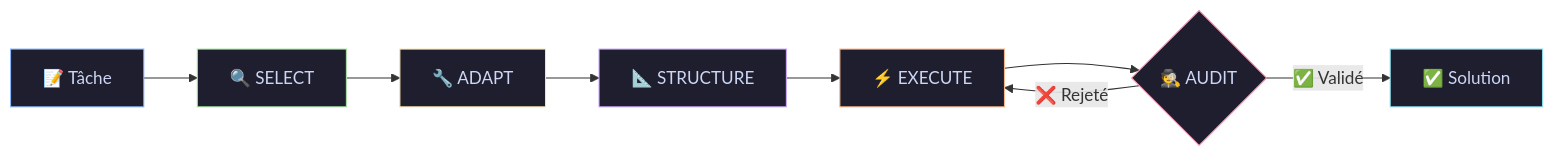
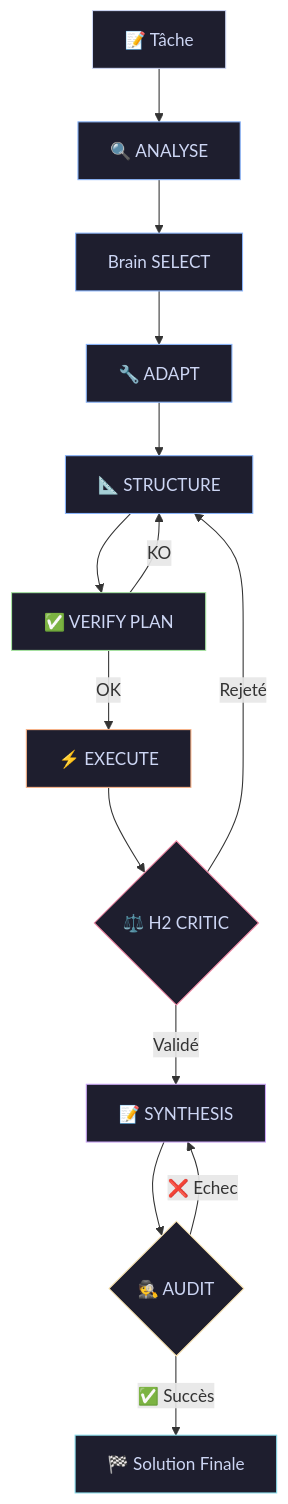
One commit to dagornc/Autologic changed the diagram in README.md. Above: the diagram before and after it, drawn with Mermaid. The commit also changed other lines of this file and 33 other files, not shown here.

````diff
--- a/README.md
+++ b/README.md
@@ -88,18 +88,28 @@
 ```mermaid
-graph LR
-    A[📝 Tâche] --> B[🔍 SELECT]
-    B --> C[🔧 ADAPT]
-    C --> D[📐 STRUCTURE]
-    D --> E[⚡ EXECUTE]
-    E --> G{🕵️ AUDIT}
-    G -- ✅ Validé --> F[✅ Solution]
-    G -- ❌ Rejeté --> E
+graph TD
+    T[📝 Tâche] --> 0[🔍 ANALYSE]
+    0 --> 1[Brain SELECT]
+    1 --> 2[🔧 ADAPT]
+    2 --> 3[📐 STRUCTURE]
+    3 --> 4[✅ VERIFY PLAN]
+    4 -- OK --> 5[⚡ EXECUTE]
+    4 -- KO --> 3
+    5 --> 6{⚖️ H2 CRITIC}
+    6 -- Validé --> 7[📝 SYNTHESIS]
+    6 -- Rejeté --> 3
+    7 --> 8{🕵️ AUDIT}
+    8 -- ✅ Succès --> F[🏁 Solution Finale]
+    8 -- ❌ Echec --> 7
     
-    style A fill:#1e1e2e,stroke:#89b4fa,color:#cdd6f4
-    style B fill:#1e1e2e,stroke:#a6e3a1,color:#cdd6f4
-    style C fill:#1e1e2e,stroke:#f9e2af,color:#cdd6f4
-    style D fill:#1e1e2e,stroke:#cba6f7,color:#cdd6f4
-    style E fill:#1e1e2e,stroke:#fab387,color:#cdd6f4
-    style G fill:#1e1e2e,stroke:#f38ba8,color:#cdd6f4
+    style T fill:#1e1e2e,stroke:#cdd6f4,color:#cdd6f4
+    style 0 fill:#1e1e2e,stroke:#89b4fa,color:#cdd6f4
+    style 1 fill:#1e1e2e,stroke:#89b4fa,color:#cdd6f4
+    style 2 fill:#1e1e2e,stroke:#89b4fa,color:#cdd6f4
+    style 3 fill:#1e1e2e,stroke:#89b4fa,color:#cdd6f4
+    style 4 fill:#1e1e2e,stroke:#a6e3a1,color:#cdd6f4
+    style 5 fill:#1e1e2e,stroke:#fab387,color:#cdd6f4
+    style 6 fill:#1e1e2e,stroke:#f38ba8,color:#cdd6f4
+    style 7 fill:#1e1e2e,stroke:#cba6f7,color:#cdd6f4
+    style 8 fill:#1e1e2e,stroke:#f9e2af,color:#cdd6f4
     style F fill:#1e1e2e,stroke:#89dceb,color:#cdd6f4
 ```
````
